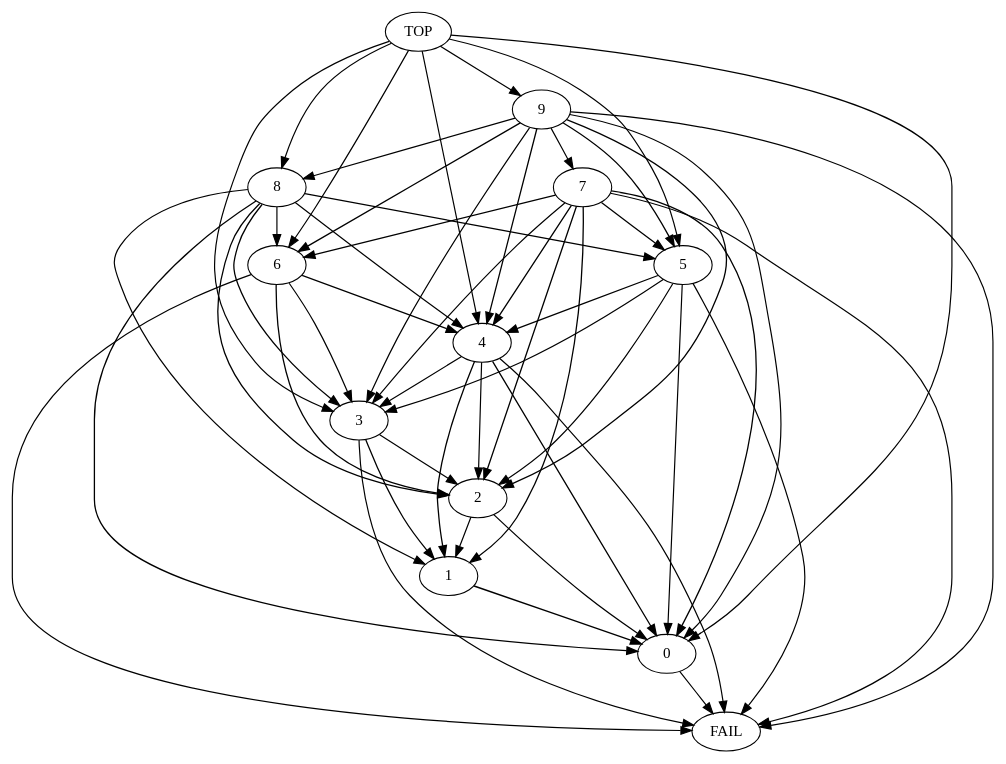
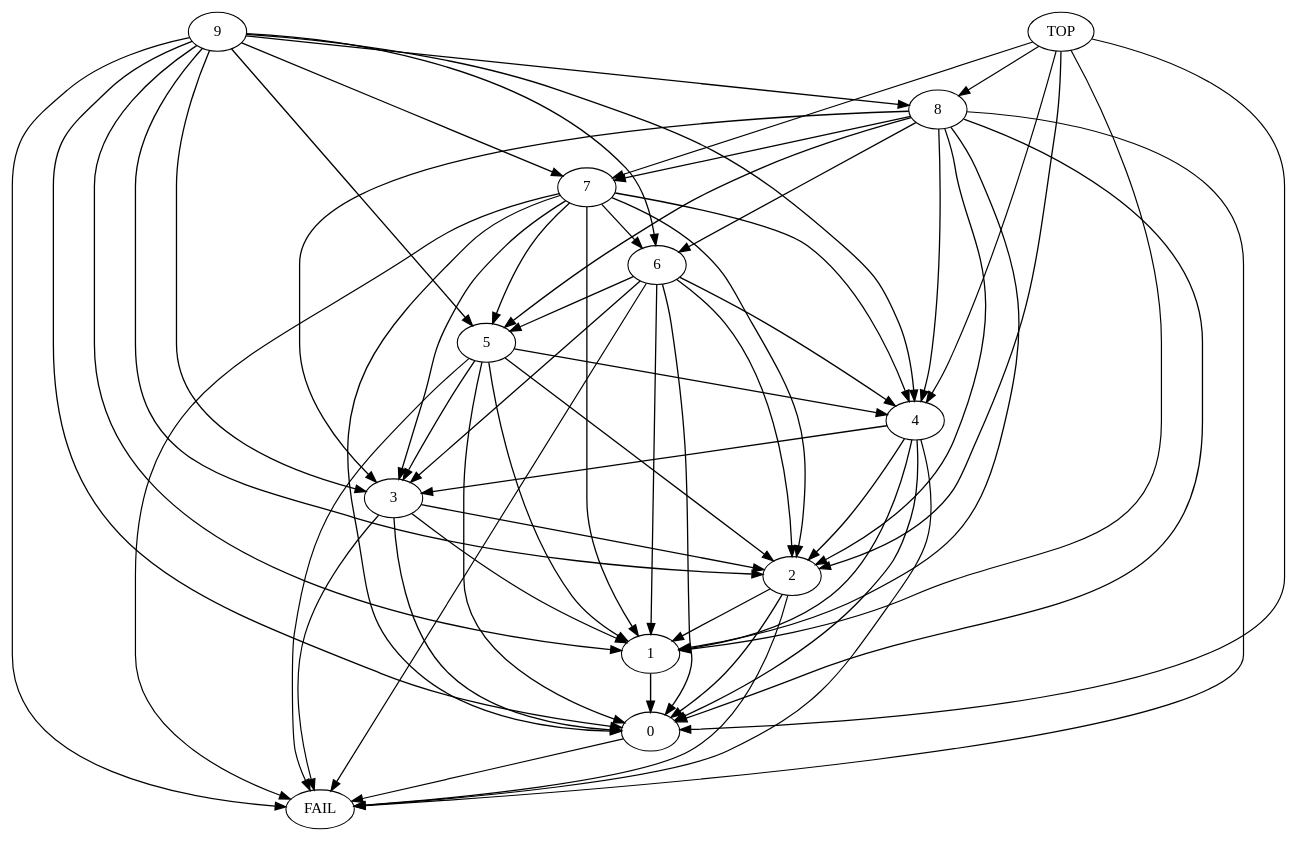
Before and after one commit to LostBitset/quiver_se: the diagram in quiver-gviz/reprdigraph.dot, drawn with Graphviz. The commit also changed 4 other files, not shown here.

```diff
--- a/quiver-gviz/reprdigraph.dot
+++ b/quiver-gviz/reprdigraph.dot
@@ -1,68 +1,76 @@
 digraph  {
 	
 	n2[label="0"];
-	n3[label="1"];
-	n1[label="2"];
-	n11[label="3"];
-	n8[label="4"];
-	n7[label="5"];
-	n6[label="6"];
-	n10[label="7"];
-	n5[label="8"];
-	n4[label="9"];
-	n9[label="FAIL"];
+	n9[label="1"];
+	n8[label="2"];
+	n7[label="3"];
+	n6[label="4"];
+	n5[label="5"];
+	n4[label="6"];
+	n3[label="7"];
+	n1[label="8"];
+	n11[label="9"];
+	n10[label="FAIL"];
 	n12[label="TOP"];
-	n2->n9[penwidth="1.1"];
-	n3->n2[penwidth="1.3"];
-	n1->n3[penwidth="1.1"];
+	n2->n10[penwidth="1.1"];
+	n9->n2[penwidth="1.3"];
+	n8->n9[penwidth="1.2"];
+	n8->n2[penwidth="1.2"];
+	n8->n10[penwidth="1.1"];
+	n7->n9[penwidth="1.2"];
+	n7->n10[penwidth="1.1"];
+	n7->n8[penwidth="1.2"];
+	n7->n2[penwidth="1.2"];
+	n6->n7[penwidth="1.2"];
+	n6->n8[penwidth="1.2"];
+	n6->n2[penwidth="1.2"];
+	n6->n10[penwidth="1.1"];
+	n6->n9[penwidth="1.2"];
+	n5->n8[penwidth="1.2"];
+	n5->n2[penwidth="1.2"];
+	n5->n10[penwidth="1.1"];
+	n5->n6[penwidth="1.2"];
+	n5->n7[penwidth="1.2"];
+	n5->n9[penwidth="1.2"];
+	n4->n6[penwidth="1.2"];
+	n4->n8[penwidth="1.2"];
+	n4->n2[penwidth="1.2"];
+	n4->n9[penwidth="1.2"];
+	n4->n10[penwidth="1.1"];
+	n4->n5[penwidth="1.2"];
+	n4->n7[penwidth="1.2"];
+	n3->n5[penwidth="1.2"];
+	n3->n6[penwidth="1.2"];
+	n3->n8[penwidth="1.2"];
+	n3->n10[penwidth="1.1"];
+	n3->n7[penwidth="1.2"];
+	n3->n9[penwidth="1.2"];
+	n3->n2[penwidth="1.2"];
+	n3->n4[penwidth="1.2"];
 	n1->n2[penwidth="1.2"];
-	n11->n1[penwidth="1.1"];
-	n11->n9[penwidth="1.1"];
+	n1->n8[penwidth="1.2"];
+	n1->n10[penwidth="1.1"];
+	n1->n9[penwidth="1.2"];
+	n1->n4[penwidth="1.2"];
+	n1->n7[penwidth="1.2"];
+	n1->n3[penwidth="1.2"];
+	n1->n5[penwidth="1.2"];
+	n1->n6[penwidth="1.2"];
+	n11->n4[penwidth="1.2"];
+	n11->n9[penwidth="1.2"];
+	n11->n7[penwidth="1.2"];
+	n11->n10[penwidth="1.1"];
+	n11->n6[penwidth="1.2"];
+	n11->n2[penwidth="1.2"];
 	n11->n3[penwidth="1.2"];
-	n8->n3[penwidth="1.2"];
-	n8->n9[penwidth="1.1"];
-	n8->n1[penwidth="1.1"];
-	n8->n11[penwidth="1.1"];
-	n8->n2[penwidth="1.2"];
-	n7->n8[penwidth="1.1"];
-	n7->n9[penwidth="1.1"];
-	n7->n11[penwidth="1.1"];
-	n7->n2[penwidth="1.1"];
-	n7->n1[penwidth="1.1"];
-	n6->n1[penwidth="1.2"];
-	n6->n8[penwidth="1.1"];
-	n6->n9[penwidth="1.1"];
-	n6->n11[penwidth="1.1"];
-	n10->n1[penwidth="1.2"];
-	n10->n9[penwidth="1.1"];
-	n10->n6[penwidth="1.2"];
-	n10->n8[penwidth="1.2"];
-	n10->n7[penwidth="1.2"];
-	n10->n3[penwidth="1.2"];
-	n10->n11[penwidth="1.1"];
-	n10->n2[penwidth="1.2"];
-	n5->n7[penwidth="1.2"];
-	n5->n3[penwidth="1.1"];
-	n5->n1[penwidth="1.2"];
-	n5->n11[penwidth="1.2"];
-	n5->n6[penwidth="1.1"];
-	n5->n8[penwidth="1.1"];
-	n5->n2[penwidth="1.2"];
-	n4->n6[penwidth="1.2"];
-	n4->n7[penwidth="1.2"];
-	n4->n5[penwidth="1.1"];
-	n4->n9[penwidth="1.1"];
-	n4->n10[penwidth="1.1"];
-	n4->n11[penwidth="1.1"];
-	n4->n1[penwidth="1.2"];
-	n4->n8[penwidth="1.2"];
-	n4->n2[penwidth="1.1"];
-	n12->n5[penwidth="1.1"];
-	n12->n4[penwidth="1.1"];
-	n12->n7[penwidth="1.1"];
+	n11->n8[penwidth="1.2"];
+	n11->n1[penwidth="1.2"];
+	n11->n5[penwidth="1.2"];
+	n12->n3[penwidth="1.1"];
+	n12->n1[penwidth="1.1"];
+	n12->n9[penwidth="1.1"];
 	n12->n2[penwidth="1.1"];
-	n12->n8[penwidth="1.1"];
-	n12->n11[penwidth="1.1"];
+	n12->n8[penwidth="1.2"];
 	n12->n6[penwidth="1.1"];
 	
 }
```
